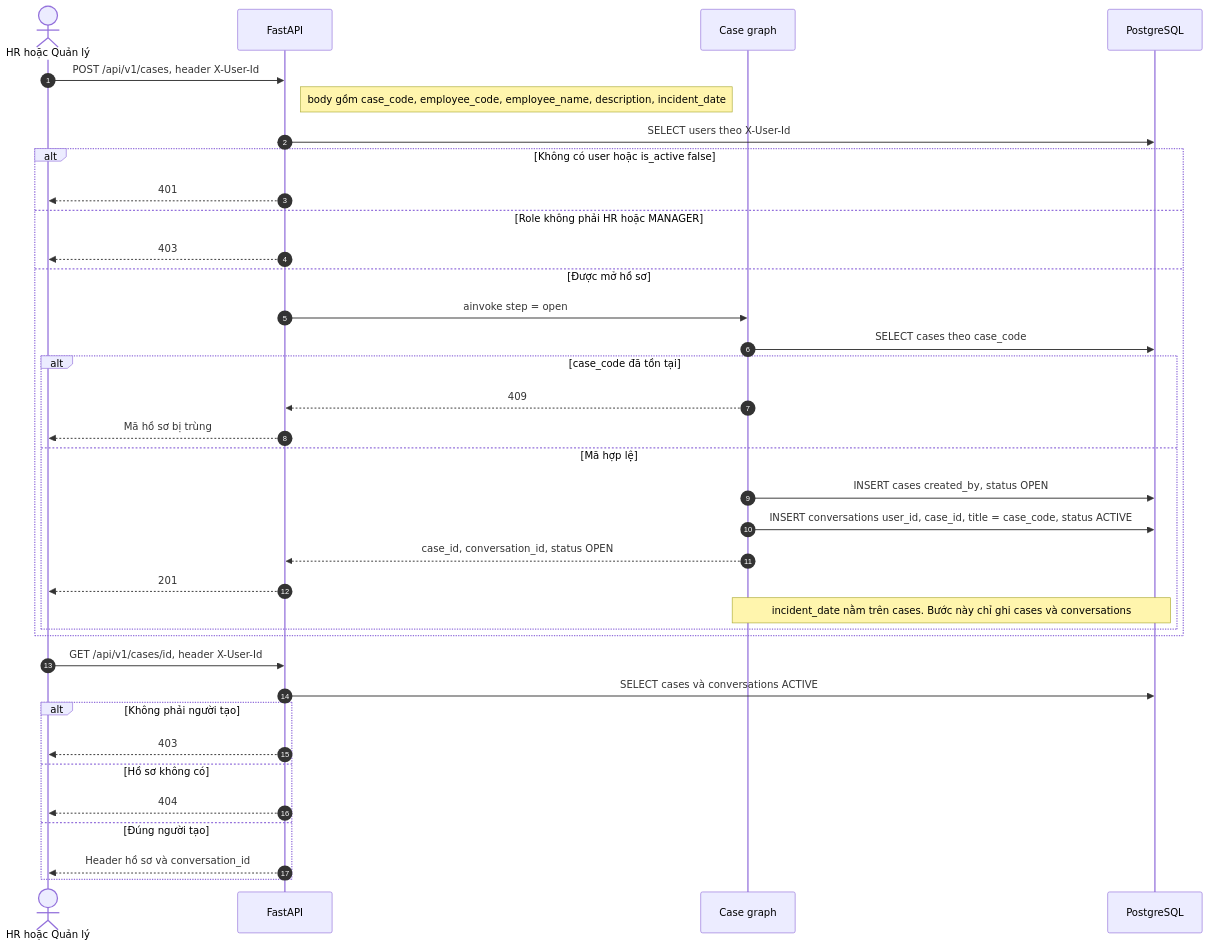
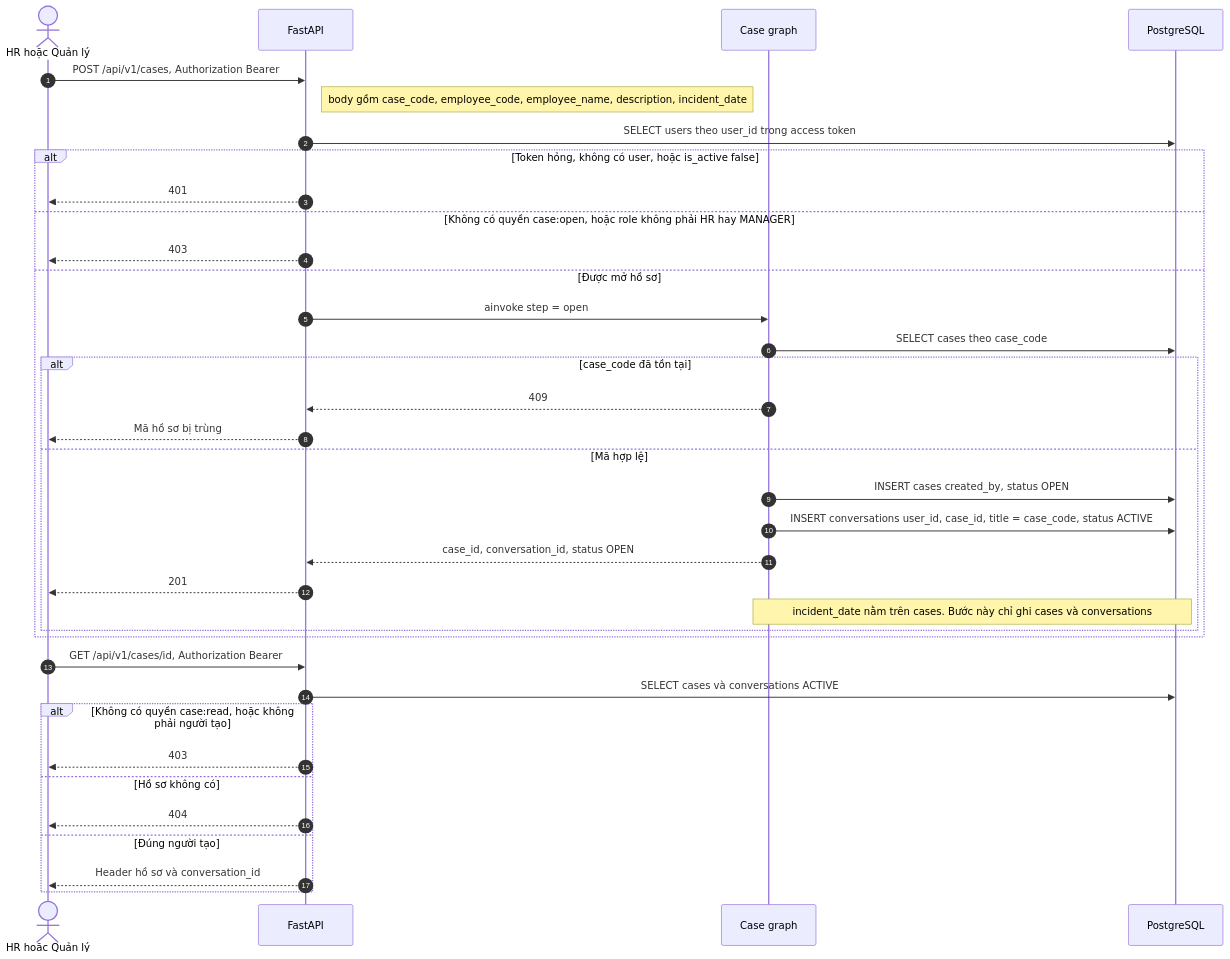
Before and after one commit to Tuan-Nguyen-Minhh/HRHelp: the third of 15 diagrams in docs/features/features.md, drawn with Mermaid. The commit also changed other lines of this file and 210 other files, not shown here.

Commit message:
feat(schema): Add new models for message handling and recidivism tracking

````diff
--- a/docs/features/features.md
+++ b/docs/features/features.md
@@ -177,40 +171,40 @@
 ```mermaid
 sequenceDiagram
     autonumber
     actor HR as HR hoặc Quản lý
     participant API as FastAPI
     participant CG as Case graph
     participant DB as PostgreSQL
 
-    HR->>API: POST /api/v1/cases, header X-User-Id
+    HR->>API: POST /api/v1/cases, Authorization Bearer
     Note right of API: body gồm case_code, employee_code, employee_name, description, incident_date
-    API->>DB: SELECT users theo X-User-Id
-    alt Không có user hoặc is_active false
+    API->>DB: SELECT users theo user_id trong access token
+    alt Token hỏng, không có user, hoặc is_active false
         API-->>HR: 401
-    else Role không phải HR hoặc MANAGER
+    else Không có quyền case:open, hoặc role không phải HR hay MANAGER
         API-->>HR: 403
     else Được mở hồ sơ
         API->>CG: ainvoke step = open
         CG->>DB: SELECT cases theo case_code
         alt case_code đã tồn tại
             CG-->>API: 409
             API-->>HR: Mã hồ sơ bị trùng
         else Mã hợp lệ
             CG->>DB: INSERT cases created_by, status OPEN
             CG->>DB: INSERT conversations user_id, case_id, title = case_code, status ACTIVE
             CG-->>API: case_id, conversation_id, status OPEN
             API-->>HR: 201
             Note over CG,DB: incident_date nằm trên cases. Bước này chỉ ghi cases và conversations
         end
     end
 
-    HR->>API: GET /api/v1/cases/id, header X-User-Id
+    HR->>API: GET /api/v1/cases/id, Authorization Bearer
     API->>DB: SELECT cases và conversations ACTIVE
-    alt Không phải người tạo
+    alt Không có quyền case:read, hoặc không phải người tạo
         API-->>HR: 403
     else Hồ sơ không có
         API-->>HR: 404
     else Đúng người tạo
         API-->>HR: Header hồ sơ và conversation_id
     end
 ```
````
